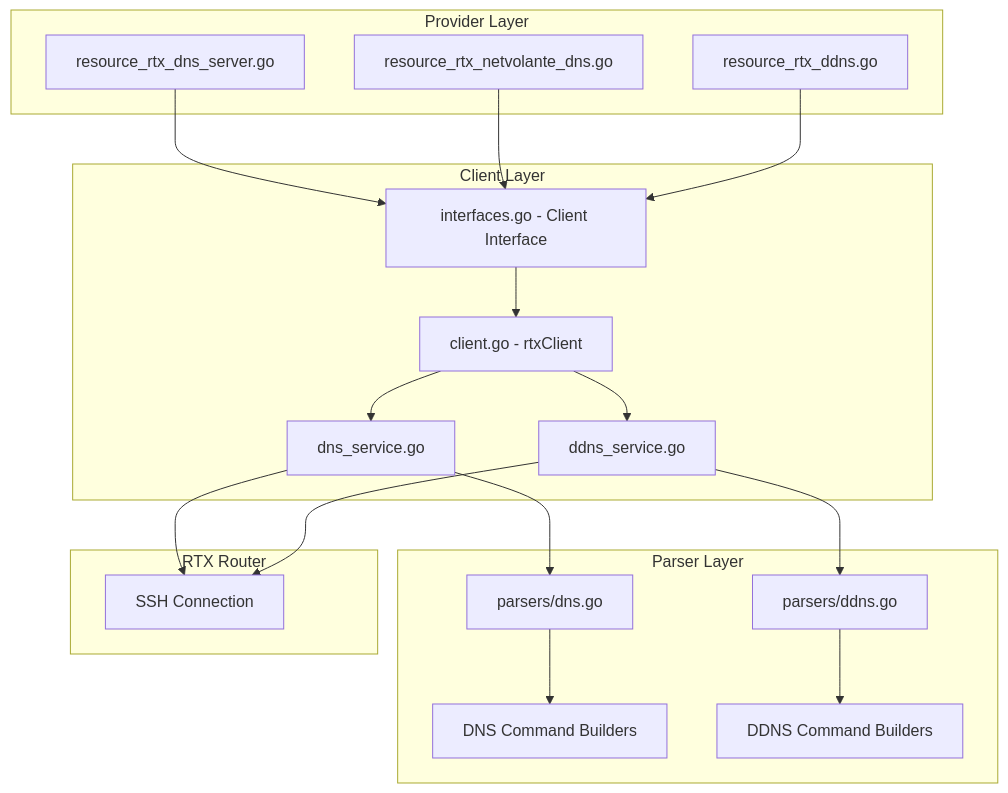
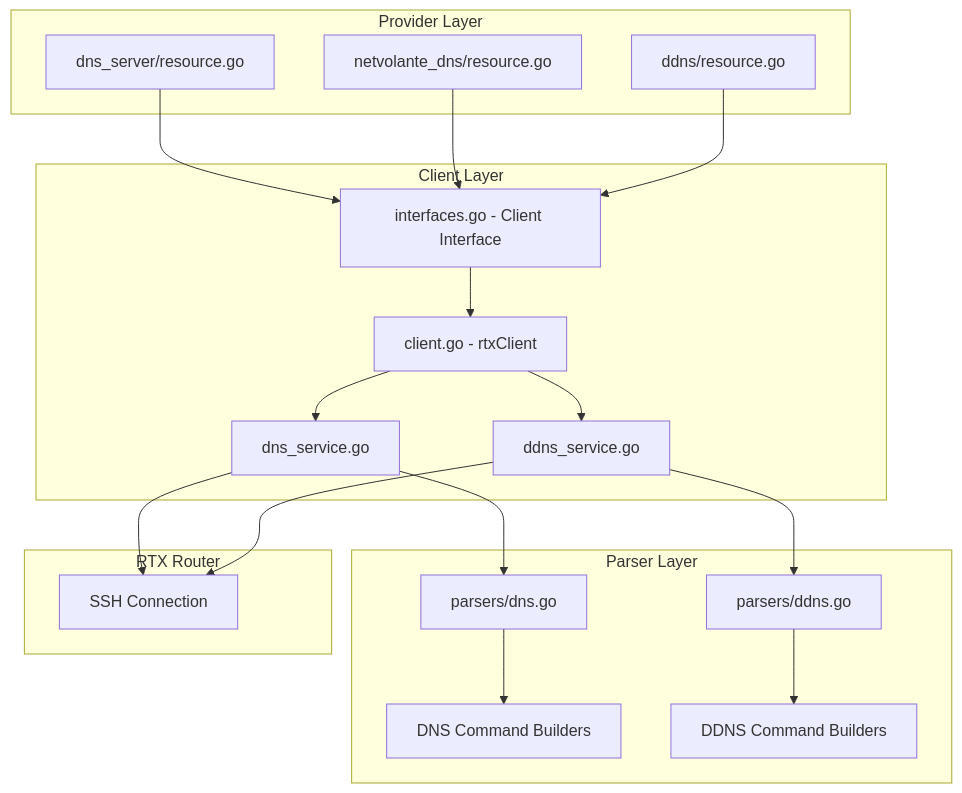
One commit to shin1ohno/terraform-provider-rtx changed the diagram in .spec-workflow/master-specs/dns/design.md. Above: the diagram before and after it, drawn with Mermaid. The commit also changed other lines of this file and 43 other files, not shown here.

````diff
--- a/.spec-workflow/master-specs/dns/design.md
+++ b/.spec-workflow/master-specs/dns/design.md
@@ -46,39 +46,39 @@
 ```mermaid
 graph TD
     subgraph Provider Layer
-        DNS[resource_rtx_dns_server.go]
-        NV[resource_rtx_netvolante_dns.go]
-        DDNS[resource_rtx_ddns.go]
+        DNS[dns_server/resource.go]
+        NV[netvolante_dns/resource.go]
+        DDNS[ddns/resource.go]
     end
 
     subgraph Client Layer
         CI[interfaces.go - Client Interface]
         CL[client.go - rtxClient]
         DNSSvc[dns_service.go]
         DDNSSvc[ddns_service.go]
     end
 
     subgraph Parser Layer
         DNSParser[parsers/dns.go]
         DDNSParser[parsers/ddns.go]
         DNSCmd[DNS Command Builders]
         DDNSCmd[DDNS Command Builders]
     end
 
     subgraph RTX Router
         SSH[SSH Connection]
     end
 
     DNS --> CI
     NV --> CI
     DDNS --> CI
     CI --> CL
     CL --> DNSSvc
     CL --> DDNSSvc
     DNSSvc --> DNSParser
     DDNSSvc --> DDNSParser
     DNSParser --> DNSCmd
     DDNSParser --> DDNSCmd
     DNSSvc --> SSH
     DDNSSvc --> SSH
 ```
````
